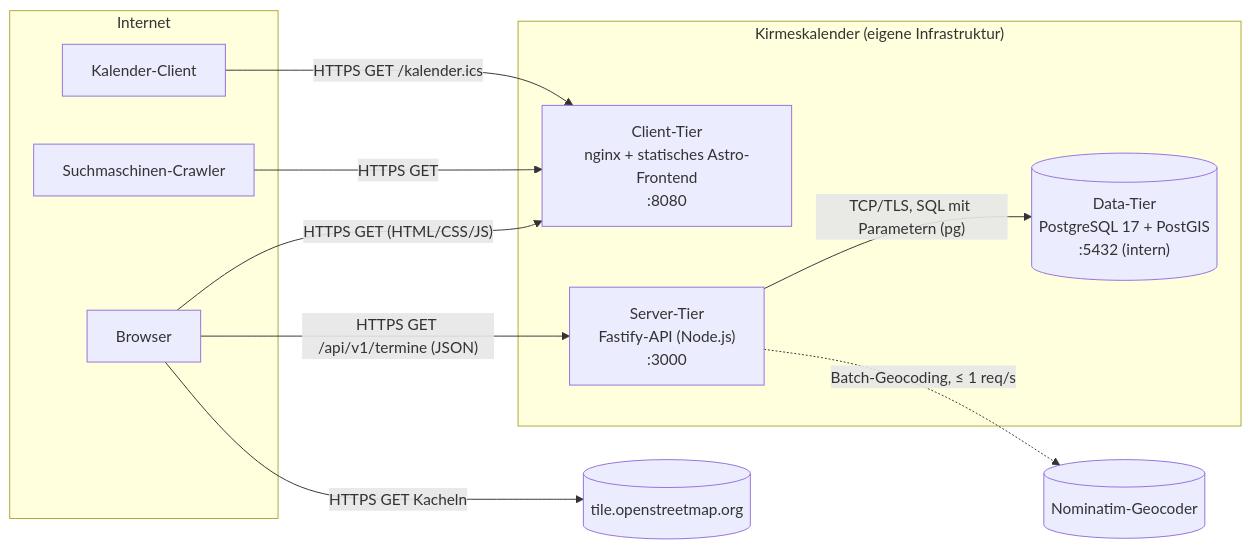
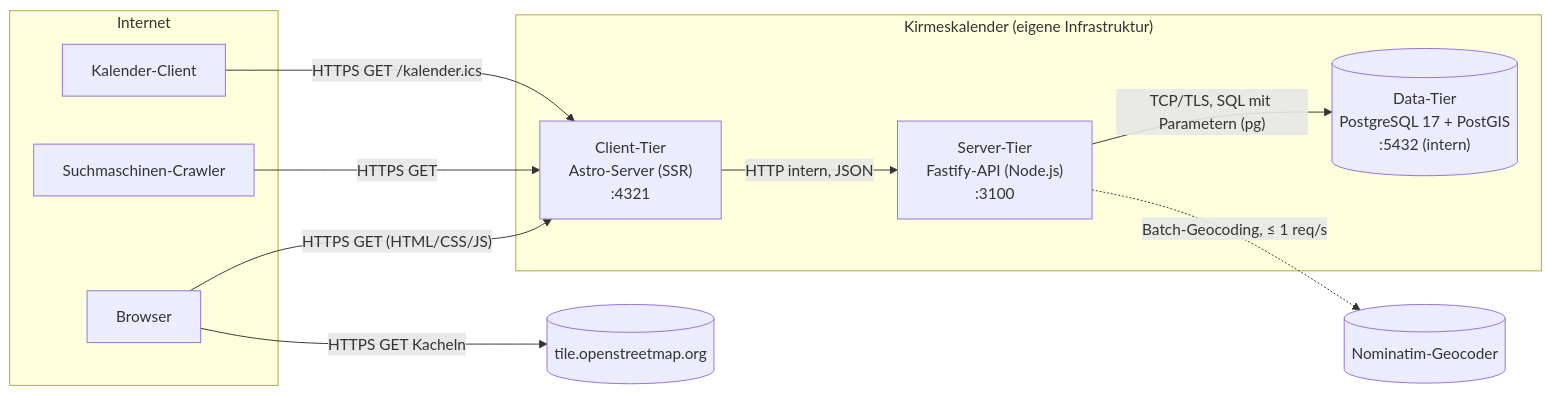
One commit to dschaell/kirmes-thueringen changed the second of 2 diagrams in docs/architecture/03-kontextabgrenzung.md. Above: the diagram before and after it, drawn with Mermaid. The commit also changed other lines of this file and 65 other files, not shown here.

````diff
--- a/docs/architecture/03-kontextabgrenzung.md
+++ b/docs/architecture/03-kontextabgrenzung.md
@@ -37,23 +37,23 @@
 ```mermaid
 flowchart LR
   subgraph Internet
     Browser[Browser]
     Crawler[Suchmaschinen-Crawler]
     Cal[Kalender-Client]
   end
   subgraph System["Kirmeskalender (eigene Infrastruktur)"]
-    Web["Client-Tier<br/>nginx + statisches Astro-Frontend<br/>:8080"]
-    API["Server-Tier<br/>Fastify-API (Node.js)<br/>:3000"]
+    Web["Client-Tier<br/>Astro-Server (SSR)<br/>:4321"]
+    API["Server-Tier<br/>Fastify-API (Node.js)<br/>:3100"]
     DB[("Data-Tier<br/>PostgreSQL 17 + PostGIS<br/>:5432 (intern)")]
   end
   Tiles[(tile.openstreetmap.org)]
   Nom[(Nominatim-Geocoder)]
 
   Browser -- "HTTPS GET (HTML/CSS/JS)" --> Web
   Crawler -- "HTTPS GET" --> Web
   Cal -- "HTTPS GET /kalender.ics" --> Web
-  Browser -- "HTTPS GET /api/v1/termine (JSON)" --> API
+  Web -- "HTTP intern, JSON" --> API
   Browser -- "HTTPS GET Kacheln" --> Tiles
   API -- "TCP/TLS, SQL mit Parametern (pg)" --> DB
   API -. "Batch-Geocoding, ≤ 1 req/s" .-> Nom
 ```
````
